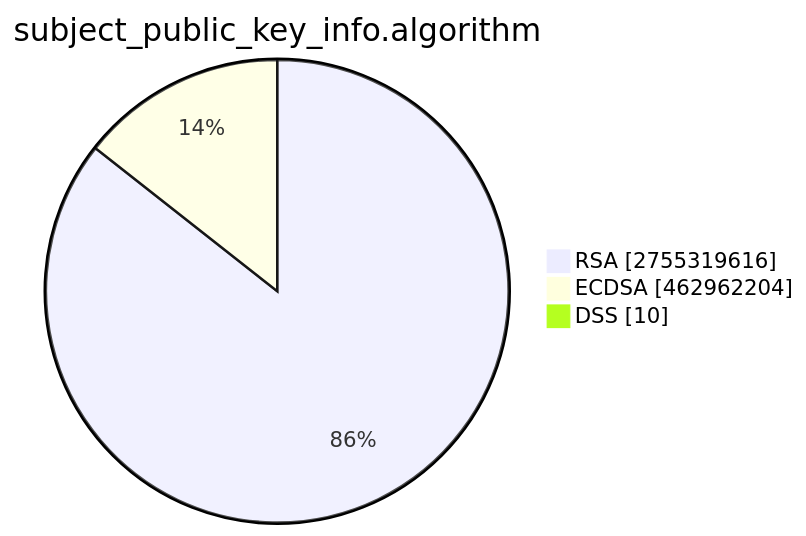
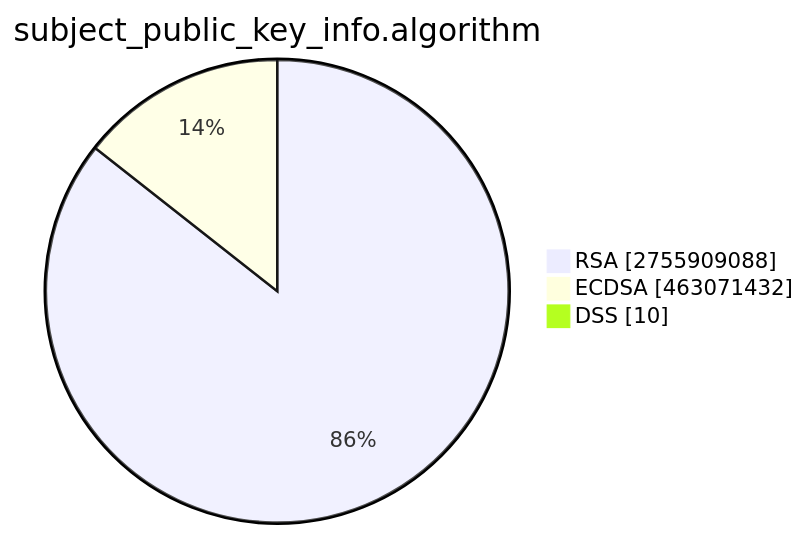
Before and after one commit to christiankrug/ctmonitor_visualization: the second of 15 diagrams in TOTAL/README.md, drawn with Mermaid. The commit also changed other lines of this file, not shown here.

````diff
--- a/TOTAL/README.md
+++ b/TOTAL/README.md
@@ -6,7 +6,7 @@
 ```mermaid
 pie showData
 title subject_public_key_info.algorithm
-"RSA" :2755319616
-"ECDSA" :462962204
+"RSA" :2755909088
+"ECDSA" :463071432
 "DSS" :10
 ```
````
